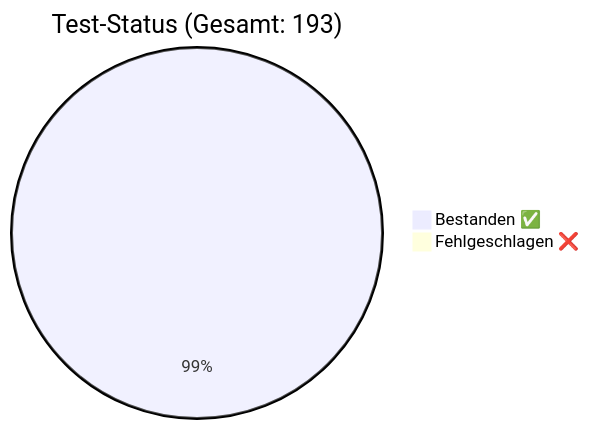
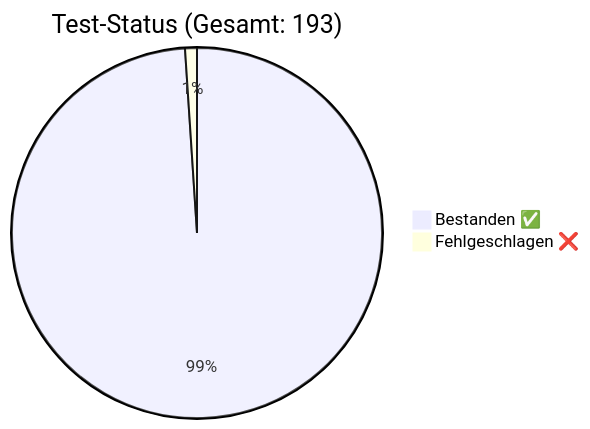
Before and after one commit to rorila/GCS: the diagram in docs/QA_Report.md, drawn with Mermaid. The commit also changed other lines of this file and 24 other files, not shown here.

````diff
--- a/docs/QA_Report.md
+++ b/docs/QA_Report.md
@@ -7,5 +7,5 @@
 ```mermaid
 pie title Test-Status (Gesamt: 193)
-    "Bestanden ✅" : 192
-    "Fehlgeschlagen ❌" : 1
+    "Bestanden ✅" : 191
+    "Fehlgeschlagen ❌" : 2
 ```
````
